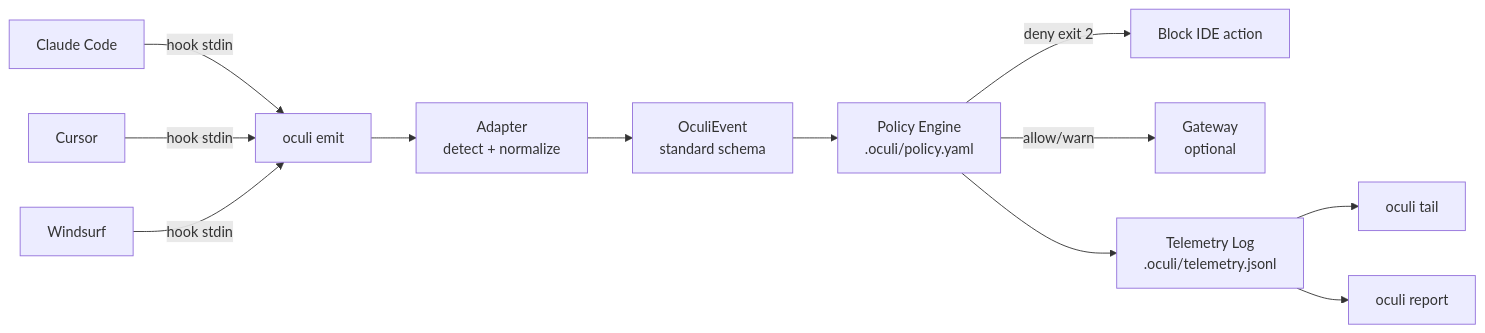
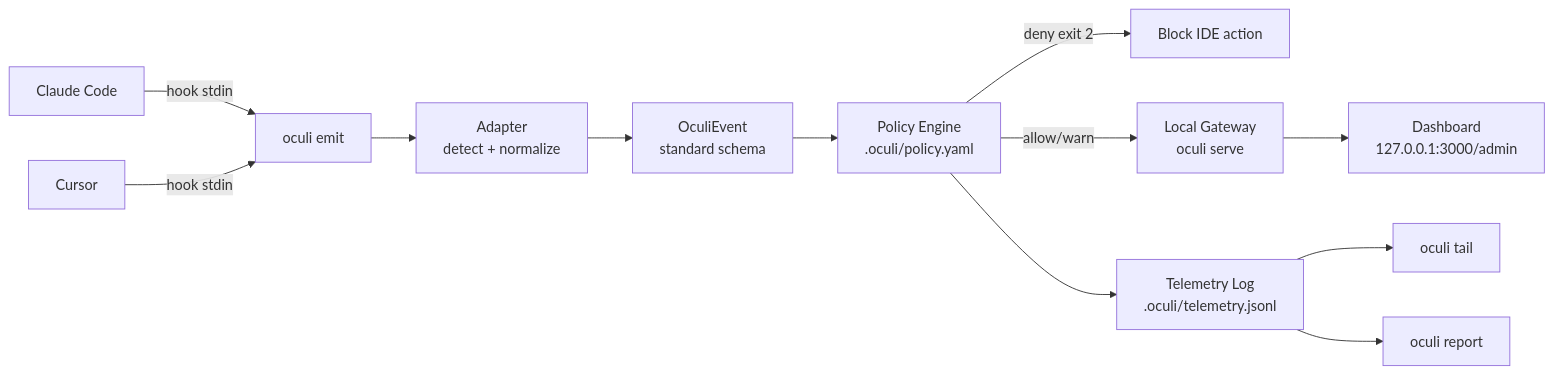
The diagram in README.md (rellaElla/OculiSecurity), drawn with Mermaid before and after one commit. The commit also changed other lines of this file and 16948 other files, not shown here.

````diff
--- a/README.md
+++ b/README.md
@@ -7,16 +7,16 @@
 ```mermaid
 flowchart LR
     CC[Claude Code] -->|hook stdin| CLI[oculi emit]
     CU[Cursor] -->|hook stdin| CLI
-    WS[Windsurf] -->|hook stdin| CLI
 
     CLI --> AD[Adapter<br/>detect + normalize]
     AD --> SE[OculiEvent<br/>standard schema]
     SE --> PE[Policy Engine<br/>.oculi/policy.yaml]
     PE -->|deny exit 2| IDE[Block IDE action]
-    PE -->|allow/warn| GW[Gateway<br/>optional]
+    PE -->|allow/warn| GW[Local Gateway<br/>oculi serve]
     PE --> TL[Telemetry Log<br/>.oculi/telemetry.jsonl]
 
     TL --> TAIL[oculi tail]
     TL --> RPT[oculi report]
+    GW --> DASH[Dashboard<br/>127.0.0.1:3000/admin]
 ```
````
